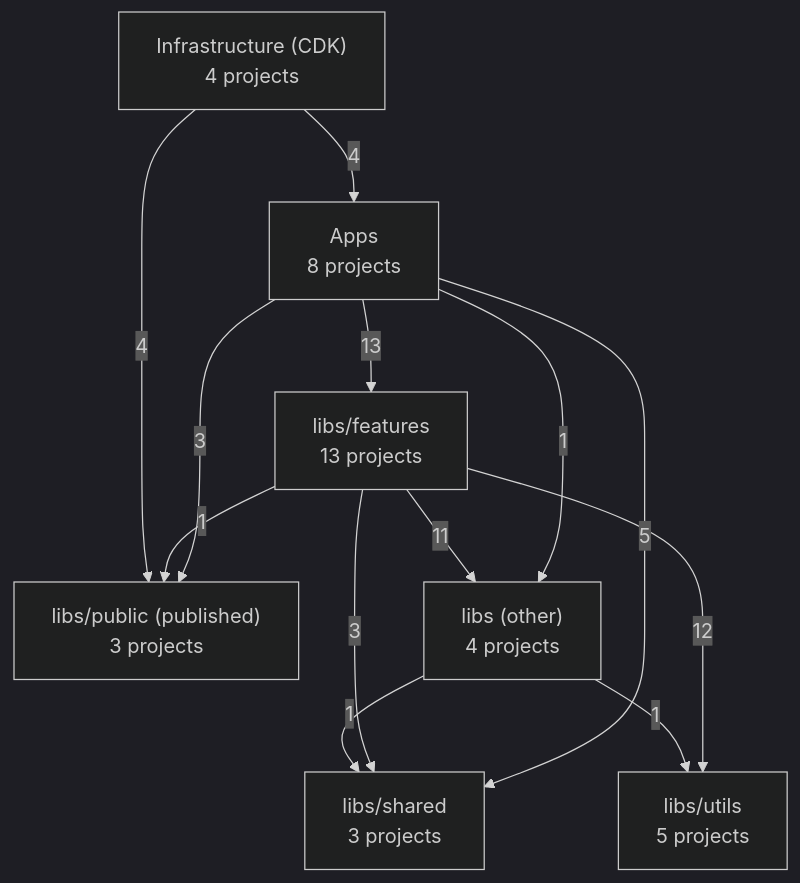
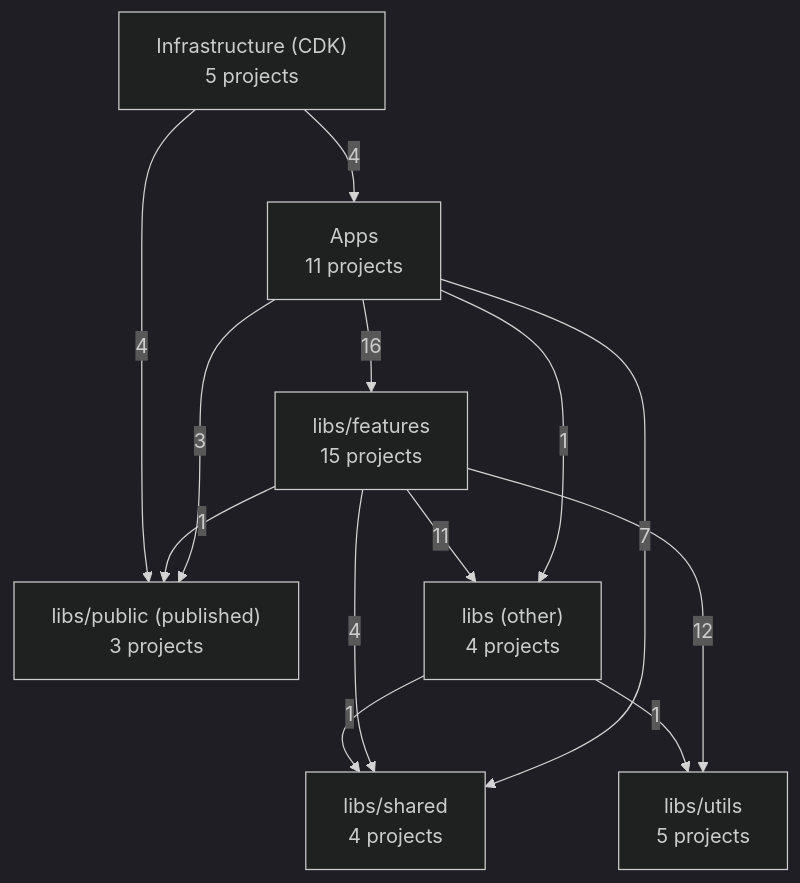
One commit to WolfSoko/wol-sok-mono changed the first of 4 diagrams in docs/architecture/README.md. Above: the diagram before and after it, drawn with Mermaid (dark theme). The commit also changed other lines of this file and 65 other files, not shown here.

````diff
--- a/docs/architecture/README.md
+++ b/docs/architecture/README.md
@@ -26,22 +26,22 @@
 ```mermaid
 flowchart TD
-  infra["Infrastructure (CDK)<br/>4 projects"]
-  apps["Apps<br/>8 projects"]
+  infra["Infrastructure (CDK)<br/>5 projects"]
+  apps["Apps<br/>11 projects"]
   public["libs/public (published)<br/>3 projects"]
-  features["libs/features<br/>13 projects"]
-  shared["libs/shared<br/>3 projects"]
+  features["libs/features<br/>15 projects"]
+  shared["libs/shared<br/>4 projects"]
   utils["libs/utils<br/>5 projects"]
   other["libs (other)<br/>4 projects"]
-  apps -- 13 --> features
+  apps -- 16 --> features
   apps -- 1 --> other
   apps -- 3 --> public
-  apps -- 5 --> shared
+  apps -- 7 --> shared
   features -- 11 --> other
   features -- 1 --> public
-  features -- 3 --> shared
+  features -- 4 --> shared
   features -- 12 --> utils
   infra -- 4 --> apps
   infra -- 4 --> public
   other -- 1 --> shared
   other -- 1 --> utils
 ```
````
